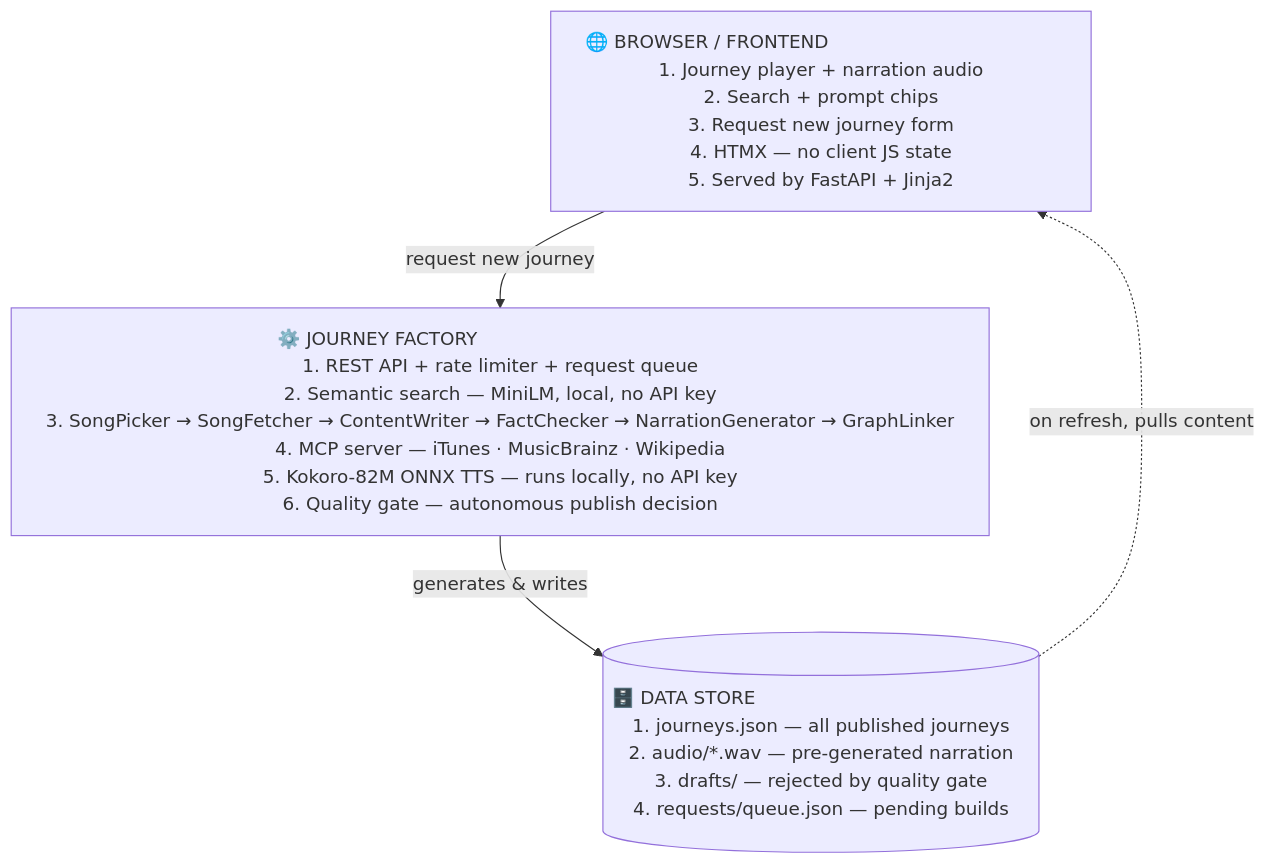
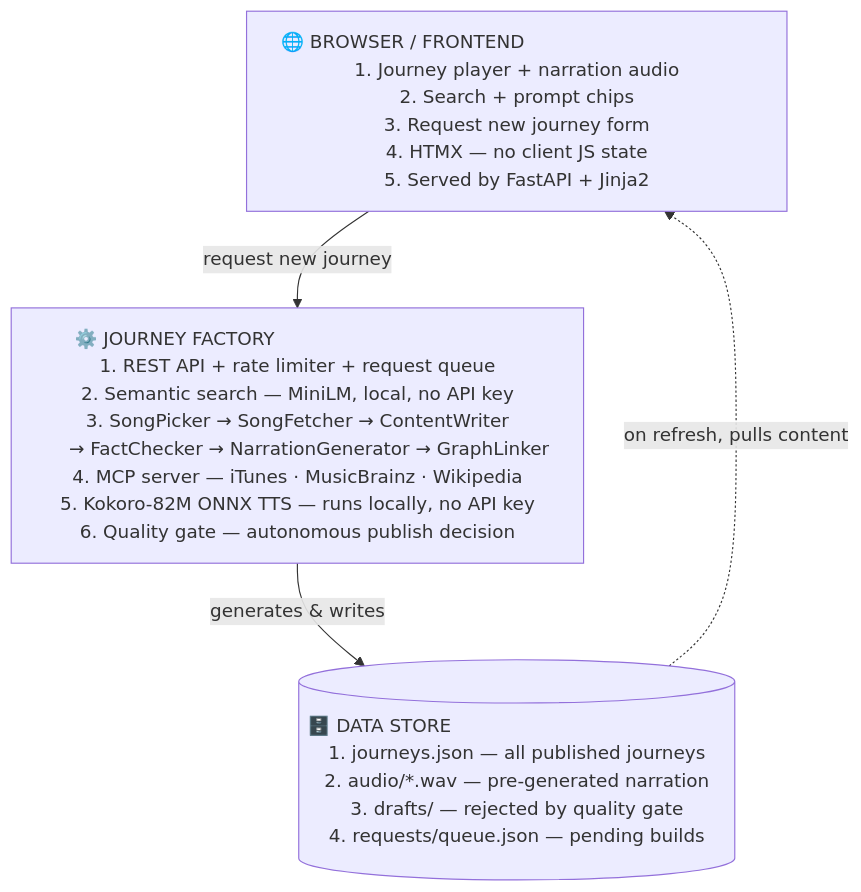
One commit to shiraakov/sonic-rabbit changed the diagram in README.md. Above: the diagram before and after it, drawn with Mermaid.

Commit message:
Wrap long pipeline agent line in diagram

````diff
--- a/README.md
+++ b/README.md
@@ -19,28 +19,29 @@
 ```mermaid
 %%{init: {"flowchart": {"nodeSpacing": 50, "rankSpacing": 60, "wrappingWidth": 900}} }%%
 flowchart TD
     FE["🌐 BROWSER / FRONTEND &nbsp;&nbsp;&nbsp;&nbsp;&nbsp;&nbsp;&nbsp;&nbsp;&nbsp;&nbsp;&nbsp;&nbsp;&nbsp;&nbsp;&nbsp;&nbsp;&nbsp;&nbsp;&nbsp;&nbsp;&nbsp;&nbsp;&nbsp;&nbsp;&nbsp;&nbsp;&nbsp;&nbsp;&nbsp;&nbsp;&nbsp;&nbsp;&nbsp;&nbsp;&nbsp;&nbsp;&nbsp;&nbsp;
     1. Journey player + narration audio
     2. Search + prompt chips
     3. Request new journey form
     4. HTMX — no client JS state
     5. Served by FastAPI + Jinja2"]
 
     JF["⚙️ JOURNEY FACTORY &nbsp;&nbsp;&nbsp;&nbsp;&nbsp;&nbsp;&nbsp;&nbsp;&nbsp;&nbsp;&nbsp;&nbsp;&nbsp;&nbsp;&nbsp;&nbsp;&nbsp;&nbsp;&nbsp;&nbsp;&nbsp;&nbsp;&nbsp;&nbsp;&nbsp;&nbsp;&nbsp;&nbsp;&nbsp;&nbsp;&nbsp;&nbsp;&nbsp;&nbsp;&nbsp;&nbsp;&nbsp;&nbsp;&nbsp;&nbsp;&nbsp;
     1. REST API + rate limiter + request queue
     2. Semantic search — MiniLM, local, no API key
-    3. SongPicker → SongFetcher → ContentWriter → FactChecker → NarrationGenerator → GraphLinker
+    3. SongPicker → SongFetcher → ContentWriter
+    &nbsp;&nbsp;&nbsp;&nbsp;→ FactChecker → NarrationGenerator → GraphLinker
     4. MCP server — iTunes · MusicBrainz · Wikipedia
     5. Kokoro-82M ONNX TTS — runs locally, no API key
     6. Quality gate — autonomous publish decision"]
 
     DB[("🗄️ DATA STORE &nbsp;&nbsp;&nbsp;&nbsp;&nbsp;&nbsp;&nbsp;&nbsp;&nbsp;&nbsp;&nbsp;&nbsp;&nbsp;&nbsp;&nbsp;&nbsp;&nbsp;&nbsp;&nbsp;&nbsp;&nbsp;&nbsp;&nbsp;&nbsp;&nbsp;&nbsp;&nbsp;&nbsp;&nbsp;&nbsp;&nbsp;&nbsp;&nbsp;&nbsp;&nbsp;&nbsp;&nbsp;&nbsp;&nbsp;&nbsp;&nbsp;&nbsp;&nbsp;&nbsp;&nbsp;&nbsp;
     1. journeys.json — all published journeys
     2. audio/*.wav — pre-generated narration
     3. drafts/ — rejected by quality gate
     4. requests/queue.json — pending builds")]
 
     FE -->|request new journey| JF
     JF -->|generates & writes| DB
     DB -.->|on refresh, pulls content| FE
 ```
````
